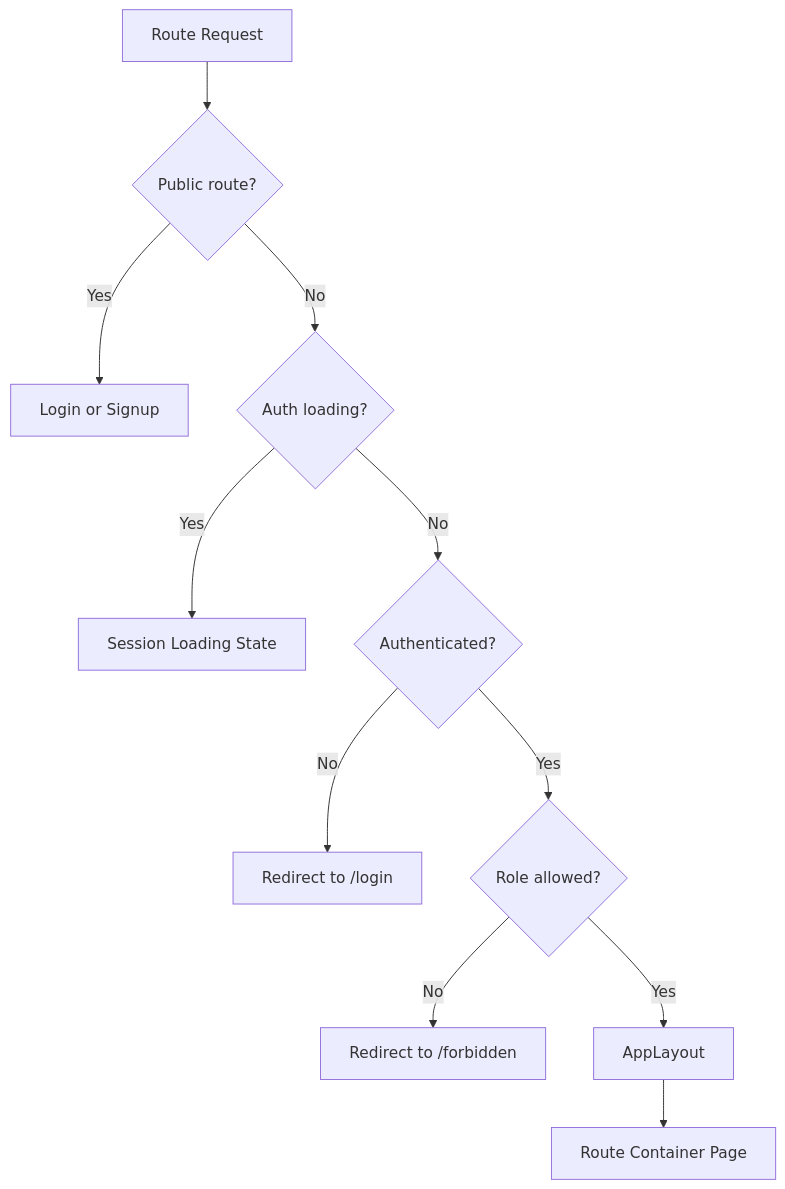
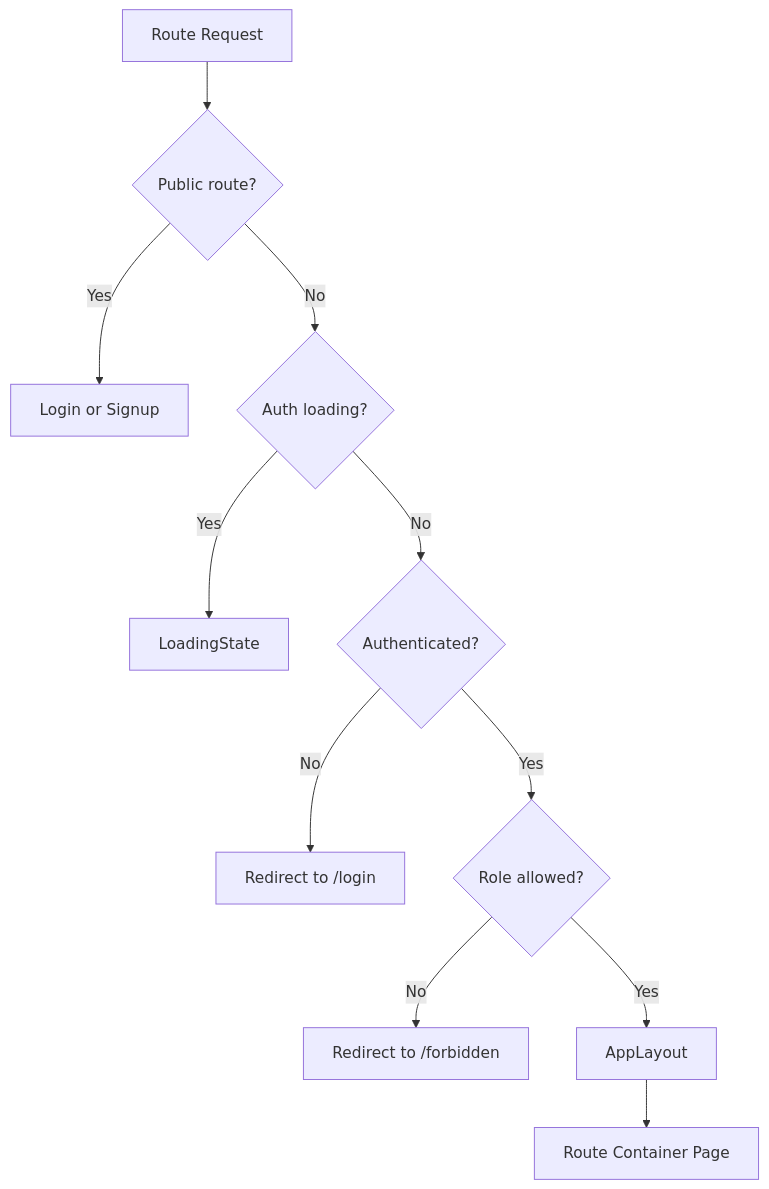
One commit to barshatpradhan/supervisor-ai changed the second of 4 diagrams in frontend/README.md. Above: the diagram before and after it, drawn with Mermaid. The commit also changed other lines of this file and 2 other files, not shown here.

````diff
--- a/frontend/README.md
+++ b/frontend/README.md
@@ -226,13 +84,13 @@
 ```mermaid
 flowchart TD
-  Request[Route Request] --> IsPublic{Public route?}
-  IsPublic -->|Yes| PublicPage[Login or Signup]
-  IsPublic -->|No| Loading{Auth loading?}
-  Loading -->|Yes| LoadingState[Session Loading State]
+  Request[Route Request] --> Public{Public route?}
+  Public -->|Yes| PublicPage[Login or Signup]
+  Public -->|No| Loading{Auth loading?}
+  Loading -->|Yes| LoadingState[LoadingState]
   Loading -->|No| Authenticated{Authenticated?}
   Authenticated -->|No| LoginRedirect[Redirect to /login]
   Authenticated -->|Yes| RoleAllowed{Role allowed?}
   RoleAllowed -->|No| Forbidden[Redirect to /forbidden]
   RoleAllowed -->|Yes| Shell[AppLayout]
   Shell --> Page[Route Container Page]
 ```
````
